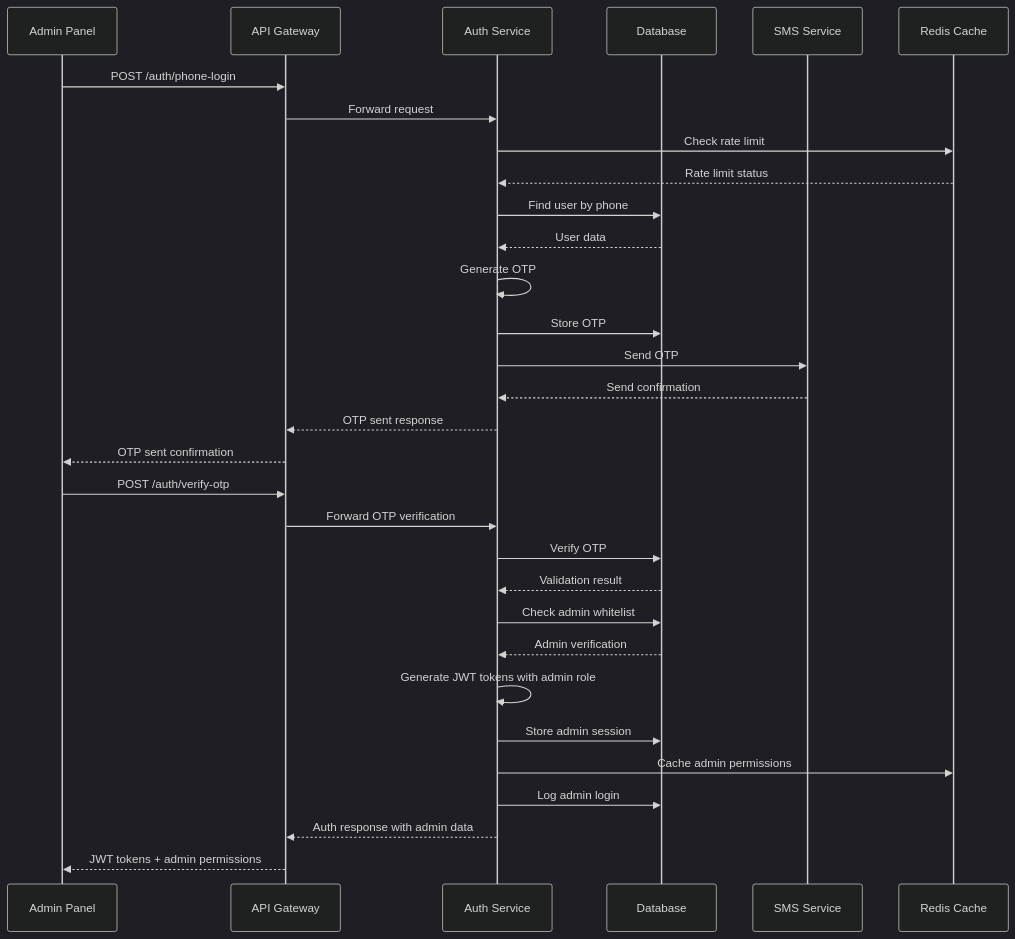
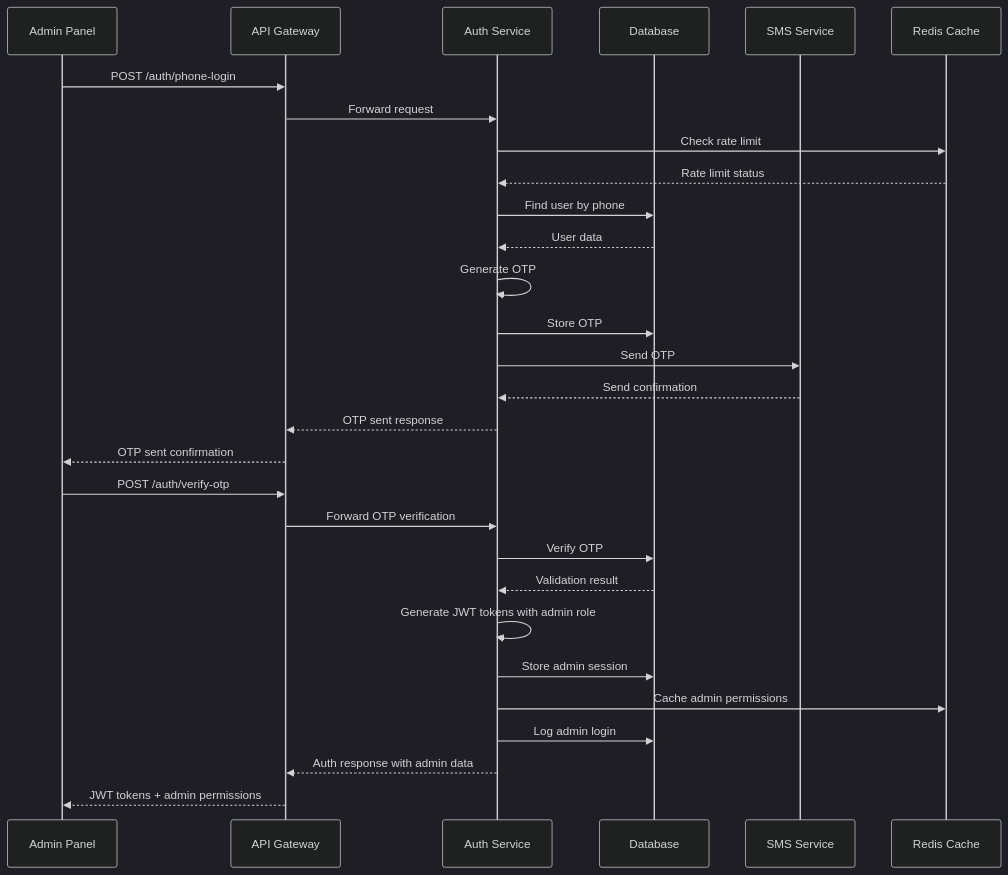
The second of 2 diagrams in Docs/Technical-Specifications/FINAL-Authentication-System-Specification.md (hasanoqdeh/Reverse-Marketplace), drawn with Mermaid (dark theme) before and after one commit. The commit also changed other lines of this file and 165 other files, not shown here.

````diff
--- a/Docs/Technical-Specifications/FINAL-Authentication-System-Specification.md
+++ b/Docs/Technical-Specifications/FINAL-Authentication-System-Specification.md
@@ -539,41 +449,38 @@
 ```mermaid
 sequenceDiagram
     participant Admin as Admin Panel
     participant API as API Gateway
     participant Auth as Auth Service
     participant Database as Database
     participant SMS as SMS Service
     participant Redis as Redis Cache
 
     Admin->>API: POST /auth/phone-login
     API->>Auth: Forward request
     Auth->>Redis: Check rate limit
     Redis-->>Auth: Rate limit status
     
     Auth->>Database: Find user by phone
     Database-->>Auth: User data
     
     Auth->>Auth: Generate OTP
     Auth->>Database: Store OTP
     Auth->>SMS: Send OTP
     SMS-->>Auth: Send confirmation
     
     Auth-->>API: OTP sent response
     API-->>Admin: OTP sent confirmation
     
     Admin->>API: POST /auth/verify-otp
     API->>Auth: Forward OTP verification
     Auth->>Database: Verify OTP
     Database-->>Auth: Validation result
     
-    Auth->>Database: Check admin whitelist
-    Database-->>Auth: Admin verification
-    
     Auth->>Auth: Generate JWT tokens with admin role
     Auth->>Database: Store admin session
     Auth->>Redis: Cache admin permissions
     
     Auth->>Database: Log admin login
     Auth-->>API: Auth response with admin data
     API-->>Admin: JWT tokens + admin permissions
 ```
````
